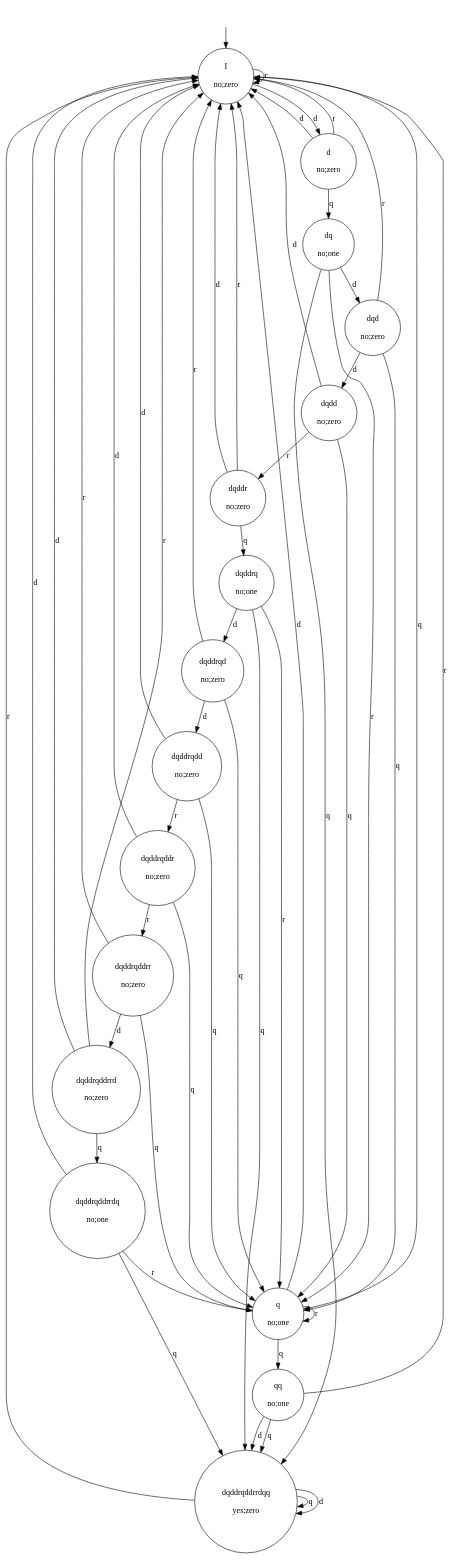
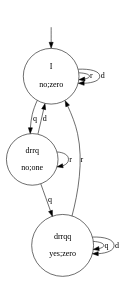
One commit to dr-aryone/microservice-lbtest changed the diagram in lbtest_wrapper/files/configuration.dot. Above: the diagram before and after it, drawn with Graphviz. The commit also changed 20 other files, not shown here.

```diff
--- a/lbtest_wrapper/files/configuration.dot
+++ b/lbtest_wrapper/files/configuration.dot
@@ -1,54 +1,15 @@
 digraph finite_state_machine{
 randir = LR
 node[shape = circle];
 a[style = "invis"];
 a->"I\n\nno;zero";
-"qq\n\nno;one"->"dqddrqddrrdqq\n\nyes;zero"	[label=q];
-"qq\n\nno;one"->"I\n\nno;zero"	[label=r];
-"qq\n\nno;one"->"dqddrqddrrdqq\n\nyes;zero"	[label=d];
-"dqdd\n\nno;zero"->"q\n\nno;one"	[label=q];
-"dqdd\n\nno;zero"->"dqddr\n\nno;zero"	[label=r];
-"dqdd\n\nno;zero"->"I\n\nno;zero"	[label=d];
-"d\n\nno;zero"->"dq\n\nno;one"	[label=q];
-"d\n\nno;zero"->"I\n\nno;zero"	[label=r];
-"d\n\nno;zero"->"I\n\nno;zero"	[label=d];
-"dqddrqddrrd\n\nno;zero"->"dqddrqddrrdq\n\nno;one"	[label=q];
-"dqddrqddrrd\n\nno;zero"->"I\n\nno;zero"	[label=r];
-"dqddrqddrrd\n\nno;zero"->"I\n\nno;zero"	[label=d];
-"dqddrq\n\nno;one"->"dqddrqddrrdqq\n\nyes;zero"	[label=q];
-"dqddrq\n\nno;one"->"q\n\nno;one"	[label=r];
-"dqddrq\n\nno;one"->"dqddrqd\n\nno;zero"	[label=d];
-"I\n\nno;zero"->"q\n\nno;one"	[label=q];
+"drrqq\n\nyes;zero"->"drrqq\n\nyes;zero"	[label=q];
+"drrqq\n\nyes;zero"->"I\n\nno;zero"	[label=r];
+"drrqq\n\nyes;zero"->"drrqq\n\nyes;zero"	[label=d];
+"drrq\n\nno;one"->"drrqq\n\nyes;zero"	[label=q];
+"drrq\n\nno;one"->"drrq\n\nno;one"	[label=r];
+"drrq\n\nno;one"->"I\n\nno;zero"	[label=d];
+"I\n\nno;zero"->"drrq\n\nno;one"	[label=q];
 "I\n\nno;zero"->"I\n\nno;zero"	[label=r];
-"I\n\nno;zero"->"d\n\nno;zero"	[label=d];
-"dqddrqddr\n\nno;zero"->"q\n\nno;one"	[label=q];
-"dqddrqddr\n\nno;zero"->"dqddrqddrr\n\nno;zero"	[label=r];
-"dqddrqddr\n\nno;zero"->"I\n\nno;zero"	[label=d];
-"dqddrqd\n\nno;zero"->"q\n\nno;one"	[label=q];
-"dqddrqd\n\nno;zero"->"I\n\nno;zero"	[label=r];
-"dqddrqd\n\nno;zero"->"dqddrqdd\n\nno;zero"	[label=d];
-"dq\n\nno;one"->"dqddrqddrrdqq\n\nyes;zero"	[label=q];
-"dq\n\nno;one"->"q\n\nno;one"	[label=r];
-"dq\n\nno;one"->"dqd\n\nno;zero"	[label=d];
-"q\n\nno;one"->"qq\n\nno;one"	[label=q];
-"q\n\nno;one"->"q\n\nno;one"	[label=r];
-"q\n\nno;one"->"I\n\nno;zero"	[label=d];
-"dqddr\n\nno;zero"->"dqddrq\n\nno;one"	[label=q];
-"dqddr\n\nno;zero"->"I\n\nno;zero"	[label=r];
-"dqddr\n\nno;zero"->"I\n\nno;zero"	[label=d];
-"dqddrqddrrdqq\n\nyes;zero"->"dqddrqddrrdqq\n\nyes;zero"	[label=q];
-"dqddrqddrrdqq\n\nyes;zero"->"I\n\nno;zero"	[label=r];
-"dqddrqddrrdqq\n\nyes;zero"->"dqddrqddrrdqq\n\nyes;zero"	[label=d];
-"dqddrqddrr\n\nno;zero"->"q\n\nno;one"	[label=q];
-"dqddrqddrr\n\nno;zero"->"I\n\nno;zero"	[label=r];
-"dqddrqddrr\n\nno;zero"->"dqddrqddrrd\n\nno;zero"	[label=d];
-"dqd\n\nno;zero"->"q\n\nno;one"	[label=q];
-"dqd\n\nno;zero"->"I\n\nno;zero"	[label=r];
-"dqd\n\nno;zero"->"dqdd\n\nno;zero"	[label=d];
-"dqddrqdd\n\nno;zero"->"q\n\nno;one"	[label=q];
-"dqddrqdd\n\nno;zero"->"dqddrqddr\n\nno;zero"	[label=r];
-"dqddrqdd\n\nno;zero"->"I\n\nno;zero"	[label=d];
-"dqddrqddrrdq\n\nno;one"->"dqddrqddrrdqq\n\nyes;zero"	[label=q];
-"dqddrqddrrdq\n\nno;one"->"q\n\nno;one"	[label=r];
-"dqddrqddrrdq\n\nno;one"->"I\n\nno;zero"	[label=d];
+"I\n\nno;zero"->"I\n\nno;zero"	[label=d];
 }
```
